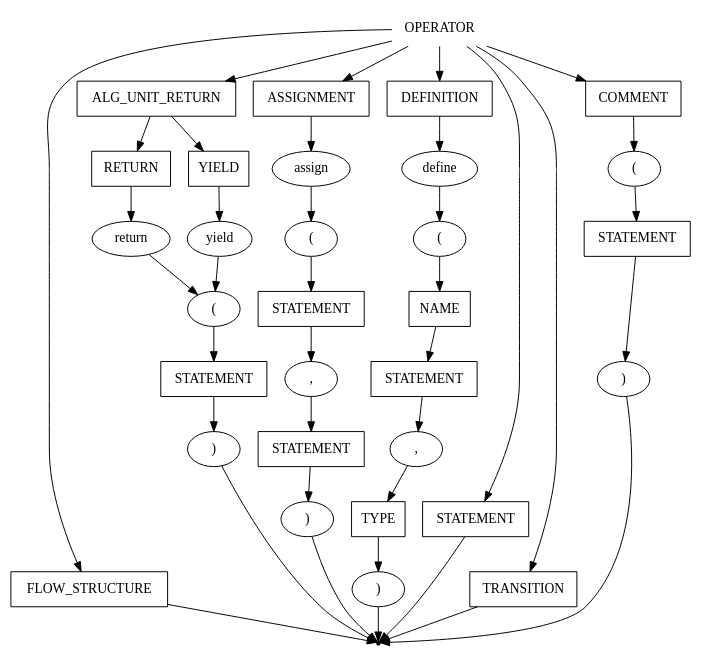
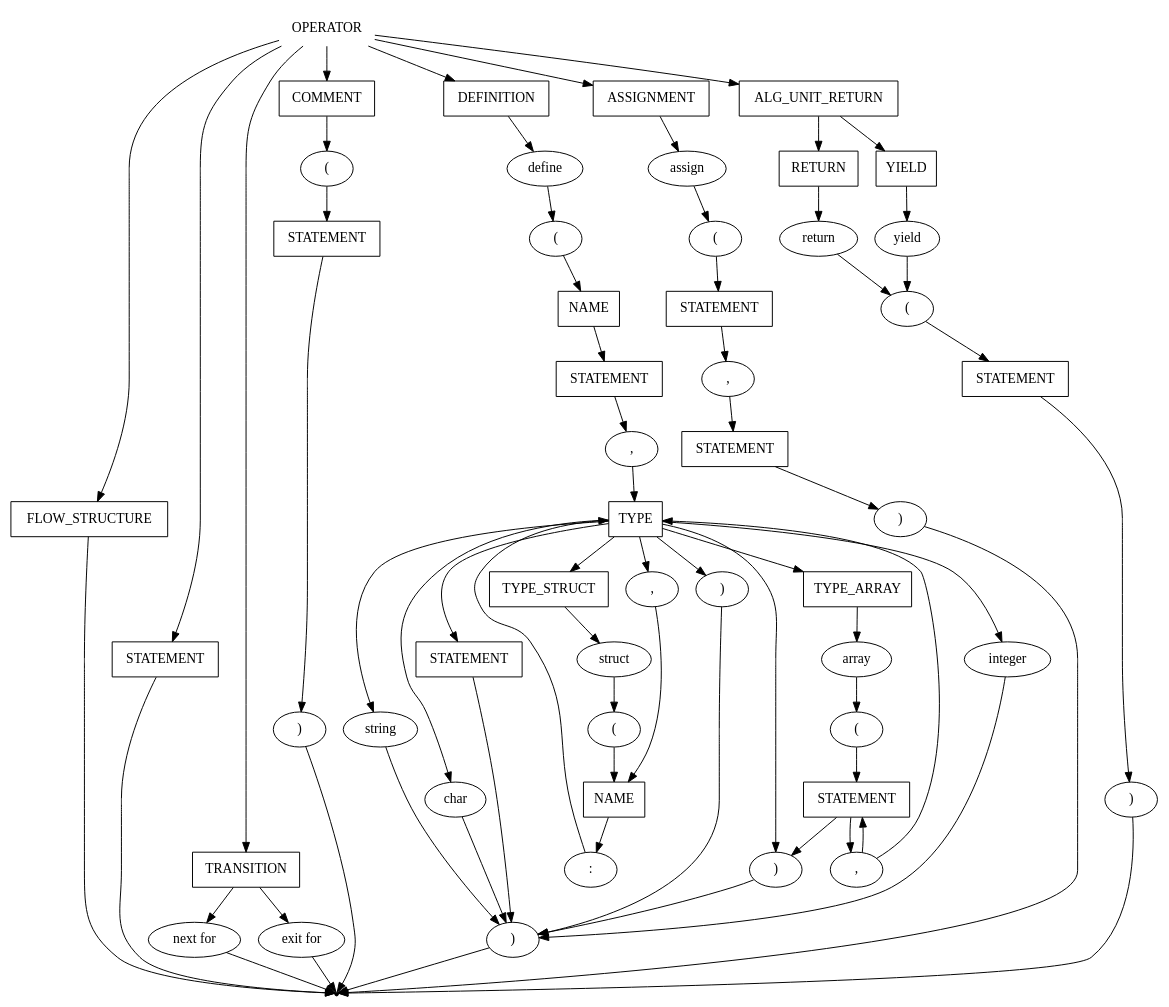
Before and after one commit to mshnschnko/ProMa: the diagram in src/CodeParser/pseudocode_examples/operator.gv, drawn with Graphviz. The commit also changed 2 other files, not shown here.

Commit message:
operator diagram

```diff
--- a/src/CodeParser/pseudocode_examples/operator.gv
+++ b/src/CodeParser/pseudocode_examples/operator.gv
@@ -1,87 +1,146 @@
 digraph OPERATOR {
     start [label=OPERATOR shape=plaintext]
+    definition [label=DEFINITION shape=box]
     flow_structure [label=FLOW_STRUCTURE shape=box]
     alg_unit_return [label=ALG_UNIT_RETURN shape=box]
     assignment [label=ASSIGNMENT shape=box]
-    definition [label=DEFINITION shape=box]
     statement [label=STATEMENT shape=box]
     transition [label=TRANSITION shape=box]
+
+    next_for [label="next for" shape=oval]
+    exit_for [label="exit for" shape=oval]
 
     comment [label=COMMENT shape=box]
     comment_open [label="(" shape=oval]
     comment_close [label=")" shape=oval]
     comment_statement [label=STATEMENT shape=box]
 
     define [label=define shape=oval]
     define_open [label="(" shape=oval]
     define_var_name [label=NAME shape=box]
     define_name_statement [label=STATEMENT shape=box]
     define_comma [label="," shape=oval]
     define_type [label=TYPE shape=box]
     define_close [label=")" shape=oval]
+
+    type_array [label=TYPE_ARRAY shape=box]
+    type_struct [label=TYPE_STRUCT shape=box]
+    int [label=integer shape=oval]
+    str [label=string shape=oval]
+    char [label=char shape=oval]
+    type_statement [label=STATEMENT shape=box]
+
+    array [label=array shape=oval]
+    array_open [label="(" shape=oval]
+    array_statement [label=STATEMENT shape=box]
+    array_close [label=")" shape=oval]
+    array_comma [label="," shape=oval]
+
+    struct [label=struct shape=oval]
+    struct_open [label="(" shape=oval]
+    struct_name [label=NAME shape=box]
+    struct_close [label=")" shape=oval]
+    struct_comma [label="," shape=oval]
+    struct_colon [label=":" shape=oval]
 
     assign [label=assign shape=oval]
     assign_open [label="(" shape=oval]
     assign_statement_left [label=STATEMENT shape=box]
     assign_comma [label="," shape=oval]
     assign_statement_right [label=STATEMENT shape=box]
     assign_close [label=")" shape=oval]
 
     return [label=RETURN shape=box]
     return_command [label="return" shape=oval]
     return_command_statement [label=STATEMENT shape=box]
     return_command_br_open [label="(" shape=oval]
     return_command_br_close [label=")" shape=oval]
 
     yield [label=YIELD shape=box]
     yield_command [label="yield" shape=oval]
 
     end [label="" shape=point]
 
+    start -> definition
     start -> flow_structure
     start -> assignment
-    start -> definition
     start -> statement
     start -> transition
     start -> comment
     start -> alg_unit_return
 
     alg_unit_return -> return
     alg_unit_return -> yield
 
     return -> return_command
     return_command -> return_command_br_open
     return_command_br_open -> return_command_statement
     return_command_statement -> return_command_br_close
     return_command_br_close -> end
     
     yield -> yield_command
     yield_command -> return_command_br_open
 
     flow_structure -> end
 
     assignment -> assign
     assign -> assign_open
     assign_open -> assign_statement_left
     assign_statement_left -> assign_comma
     assign_comma -> assign_statement_right
     assign_statement_right -> assign_close
     assign_close -> end
 
     definition -> define
     define -> define_open
     define_open -> define_var_name
     define_var_name -> define_name_statement
     define_name_statement -> define_comma
     define_comma -> define_type
-    define_type -> define_close
+
+    define_type -> type_array
+    define_type -> type_struct
+    define_type -> int
+    define_type -> str
+    define_type -> char
+    define_type -> type_statement
+
+    type_array -> array
+    array -> array_open
+    array_open -> array_statement
+    array_statement -> array_comma
+    array_comma -> define_type
+    array_comma -> array_statement
+    define_type -> array_close
+    array_statement -> array_close
+    array_close -> define_close
+
+    type_struct -> struct
+    struct -> struct_open
+    struct_open -> struct_name
+    struct_name -> struct_colon
+    struct_colon -> define_type
+    define_type -> struct_comma
+    struct_comma -> struct_name
+    define_type -> struct_close
+    struct_close -> define_close
+
+    int -> define_close
+    str -> define_close
+    char -> define_close
+    type_statement -> define_close
+
     define_close -> end
 
     statement -> end
-    transition -> end
+
+    transition -> next_for
+    transition -> exit_for
+    next_for -> end
+    exit_for -> end
 
     comment -> comment_open
     comment_open -> comment_statement
     comment_statement -> comment_close
     comment_close -> end
 }
```
